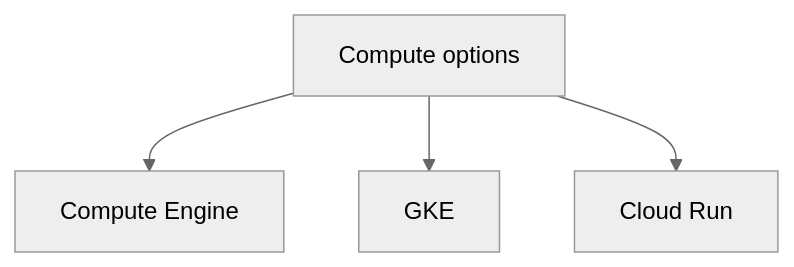
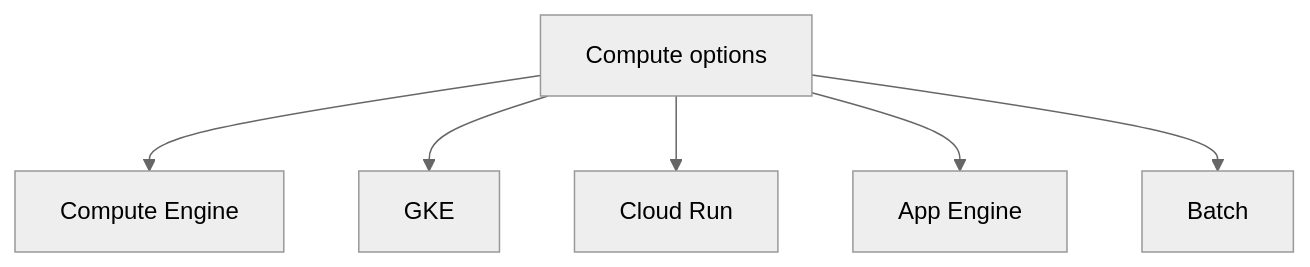
Before and after one commit to conti0513/development_public: the first of 11 diagrams in 06_LAB/01_GCP_ACE_HACK/sessions_ver262/03_compute-engine.md, drawn with Mermaid (neutral theme). The commit also changed other lines of this file and 22 other files, not shown here.

````diff
--- a/06_LAB/01_GCP_ACE_HACK/sessions_ver262/03_compute-engine.md
+++ b/06_LAB/01_GCP_ACE_HACK/sessions_ver262/03_compute-engine.md
@@ -5,6 +5,8 @@
 ```mermaid
 graph TD
 A[Compute options] --> B[Compute Engine]
 A --> C[GKE]
 A --> D[Cloud Run]
+A --> E[App Engine]
+A --> F[Batch]
 ```
````
